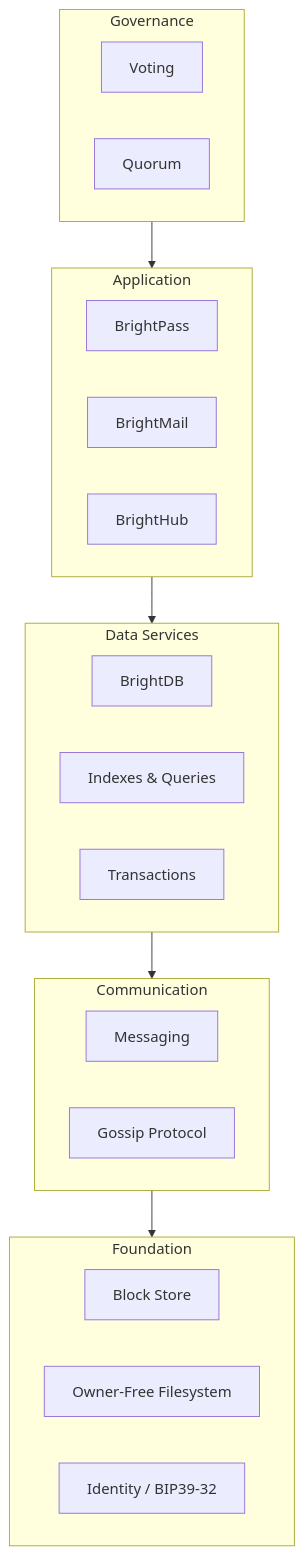
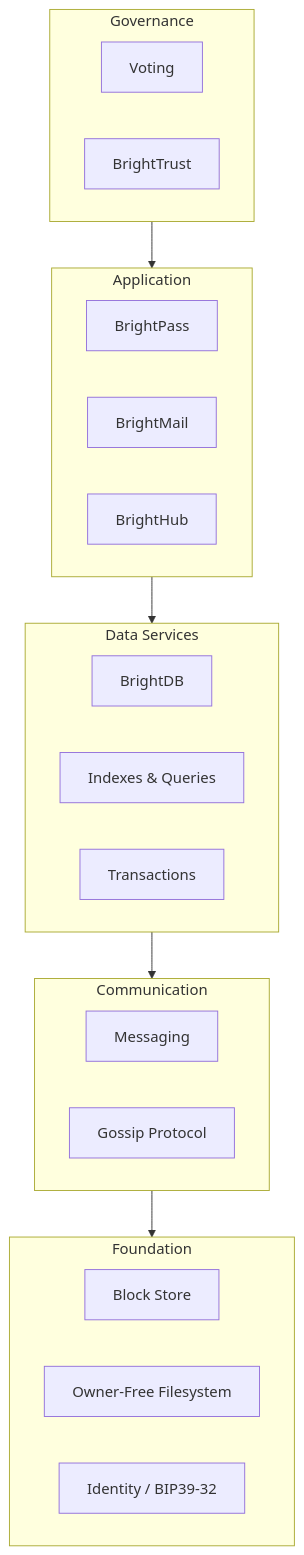
The first of 2 diagrams in docs/walkthroughs/00-architecture-overview.md (Digital-Defiance/BrightChain), drawn with Mermaid before and after one commit. The commit also changed other lines of this file and 807 other files, not shown here.

````diff
--- a/docs/walkthroughs/00-architecture-overview.md
+++ b/docs/walkthroughs/00-architecture-overview.md
@@ -29,35 +29,35 @@
 ```mermaid
 graph TB
     subgraph Governance
         V[Voting]
-        Q[Quorum]
+        Q[BrightTrust]
     end
 
     subgraph Application
         BP[BrightPass]
         BM[BrightMail]
         BH[BrightHub]
     end
 
     subgraph Data["Data Services"]
         BDB[BrightDB]
         IDX[Indexes & Queries]
         TXN[Transactions]
     end
 
     subgraph Communication
         MSG[Messaging]
         GOS[Gossip Protocol]
     end
 
     subgraph Foundation
         BS[Block Store]
         OFF[Owner-Free Filesystem]
         ID[Identity / BIP39-32]
     end
 
     Governance --> Application
     Application --> Data
     Data --> Communication
     Communication --> Foundation
 ```
````
